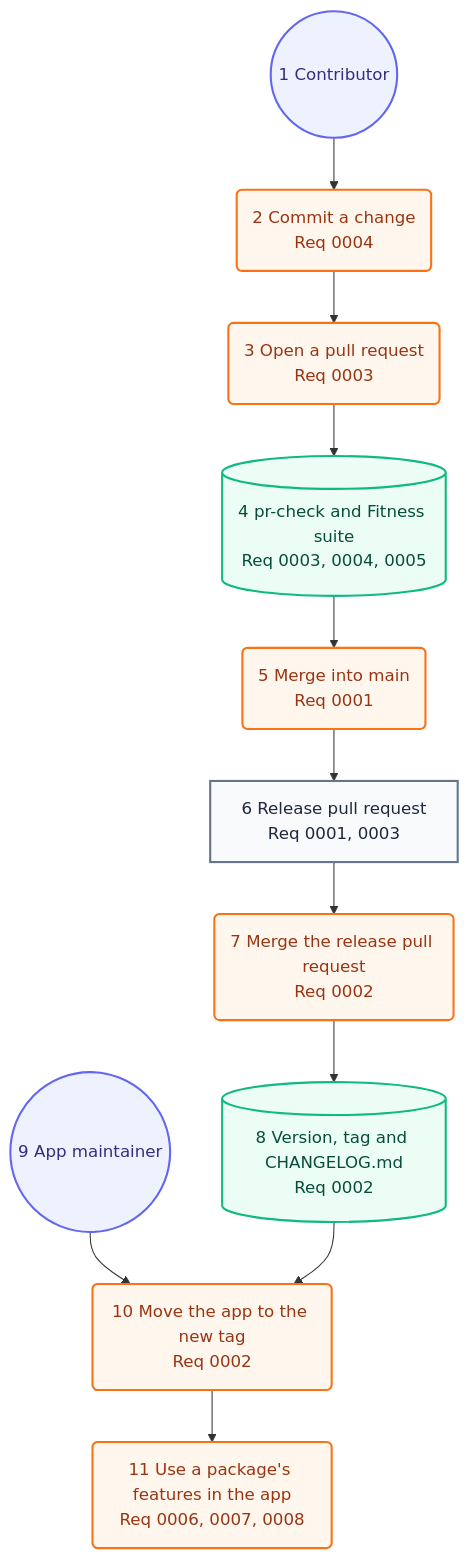
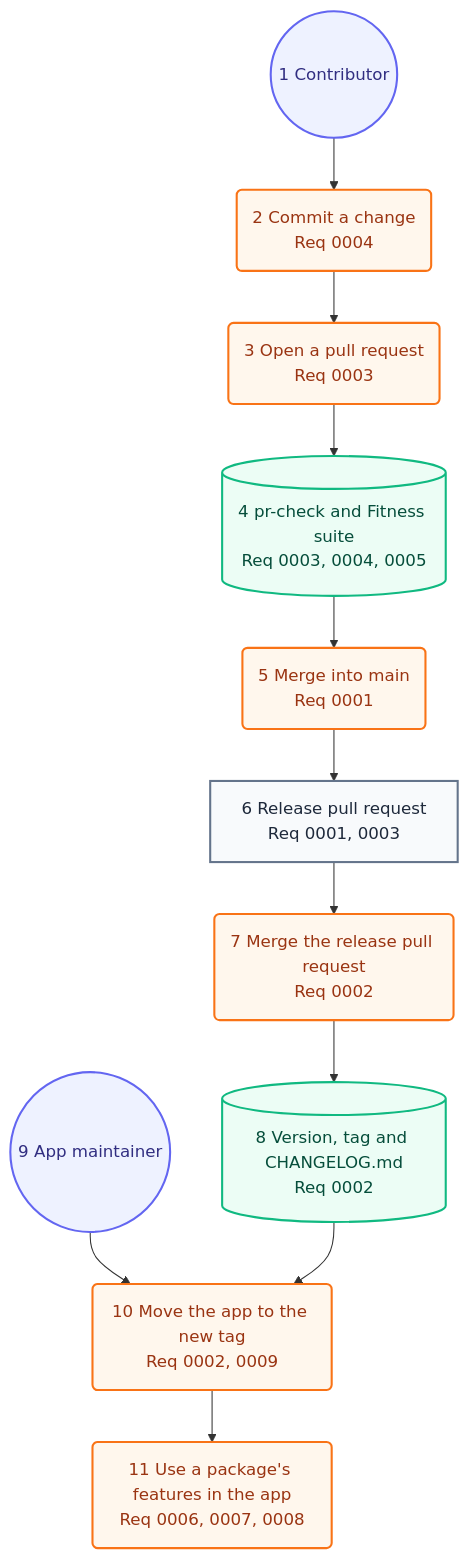
The second of 2 diagrams in docs/architecture/05-user-journey.md (may-journal/common-swift), drawn with Mermaid before and after one commit. The commit also changed other lines of this file and 11 other files, not shown here.

````diff
--- a/docs/architecture/05-user-journey.md
+++ b/docs/architecture/05-user-journey.md
@@ -33,30 +33,30 @@
 ```mermaid
 flowchart TB
     contributor((1 Contributor)):::persona
     commit(2 Commit a change<br/>Req 0004):::action
     open(3 Open a pull request<br/>Req 0003):::action
     checks[(4 pr-check and Fitness suite<br/>Req 0003, 0004, 0005)]:::system
     merge(5 Merge into main<br/>Req 0001):::action
     releasePR[6 Release pull request<br/>Req 0001, 0003]:::screen
     release(7 Merge the release pull request<br/>Req 0002):::action
     tag[(8 Version, tag and CHANGELOG.md<br/>Req 0002)]:::system
     maintainer((9 App maintainer)):::persona
-    update(10 Move the app to the new tag<br/>Req 0002):::action
+    update(10 Move the app to the new tag<br/>Req 0002, 0009):::action
     adopt(11 Use a package's features in the app<br/>Req 0006, 0007, 0008):::action
 
     contributor --> commit
     commit --> open
     open --> checks
     checks --> merge
     merge --> releasePR
     releasePR --> release
     release --> tag
     maintainer --> update
     tag --> update
     update --> adopt
 
     classDef persona fill:#eef2ff,stroke:#6366f1,color:#312e81,stroke-width:2px
     classDef screen fill:#f8fafc,stroke:#64748b,color:#1e293b,stroke-width:2px
     classDef action fill:#fff7ed,stroke:#f97316,color:#9a3412,stroke-width:2px
     classDef system fill:#ecfdf5,stroke:#10b981,color:#064e3b,stroke-width:2px
 ```
````
